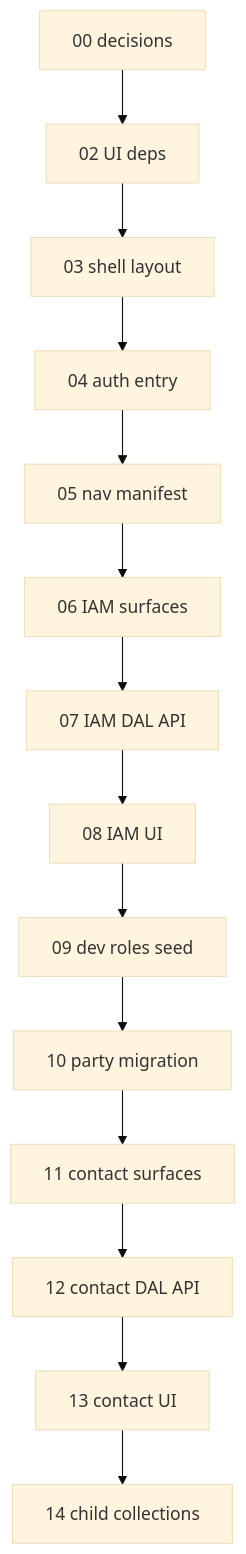
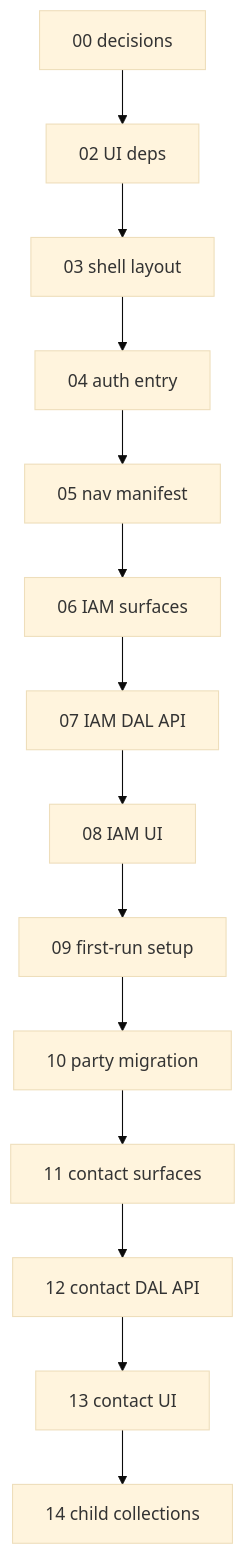
One commit to rebischoff/latch changed the diagram in apps/subhub/docs/tasks/01-task-index.md. Above: the diagram before and after it, drawn with Mermaid (base theme). The commit also changed other lines of this file and 178 other files, not shown here.

````diff
--- a/apps/subhub/docs/tasks/01-task-index.md
+++ b/apps/subhub/docs/tasks/01-task-index.md
@@ -28,16 +28,16 @@
 ```mermaid
 flowchart TD
   d00[00 decisions] --> d02[02 UI deps]
   d02 --> d03[03 shell layout]
   d03 --> d04[04 auth entry]
   d04 --> d05[05 nav manifest]
   d05 --> d06[06 IAM surfaces]
   d06 --> d07[07 IAM DAL API]
   d07 --> d08[08 IAM UI]
-  d08 --> d09[09 dev roles seed]
+  d08 --> d09[09 first-run setup]
   d09 --> d10[10 party migration]
   d10 --> d11[11 contact surfaces]
   d11 --> d12[12 contact DAL API]
   d12 --> d13[13 contact UI]
   d13 --> d14[14 child collections]
 ```
````
